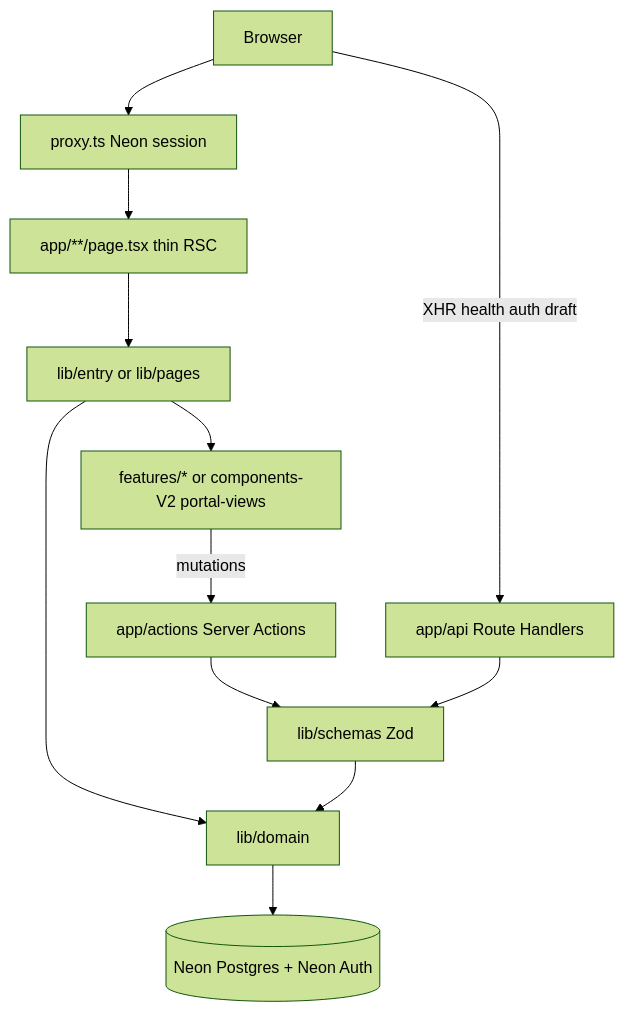
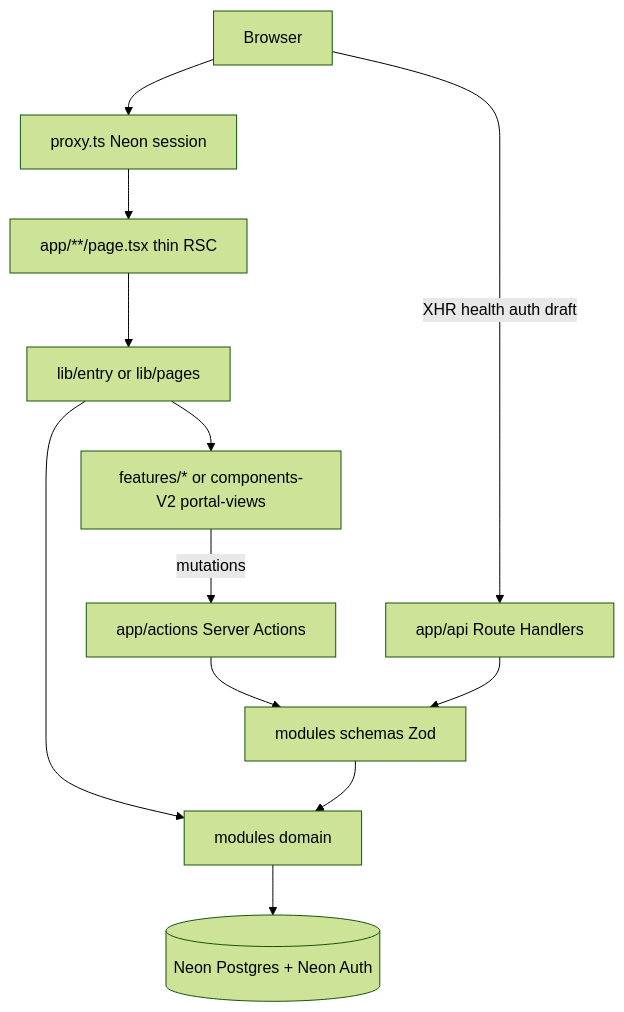
Before and after one commit to pohlai88/afenda-lite: the diagram in doc/frontend/01-architecture.md, drawn with Mermaid (forest theme). The commit also changed other lines of this file and 642 other files, not shown here.

````diff
--- a/doc/frontend/01-architecture.md
+++ b/doc/frontend/01-architecture.md
@@ -8,25 +8,25 @@
 ```mermaid
 flowchart TD
   browser[Browser]
   proxy[proxy.ts Neon session]
   page[app/**/page.tsx thin RSC]
   entry[lib/entry or lib/pages]
   feature[features/* or components-V2 portal-views]
   action[app/actions Server Actions]
   api[app/api Route Handlers]
-  schema[lib/schemas Zod]
-  domain[lib/domain]
+  schema[modules schemas Zod]
+  domain[modules domain]
   neon[(Neon Postgres + Neon Auth)]
 
   browser --> proxy
   proxy --> page
   page --> entry
   entry --> feature
   entry --> domain
   feature -->|mutations| action
   browser -->|XHR health auth draft| api
   action --> schema
   api --> schema
   schema --> domain
   domain --> neon
 ```
````
